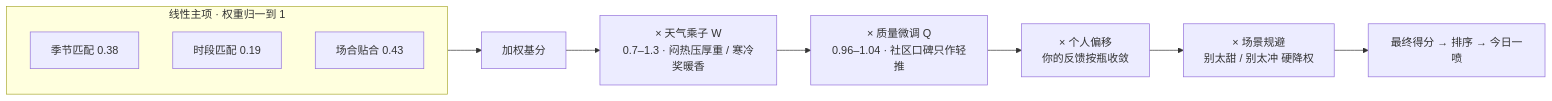
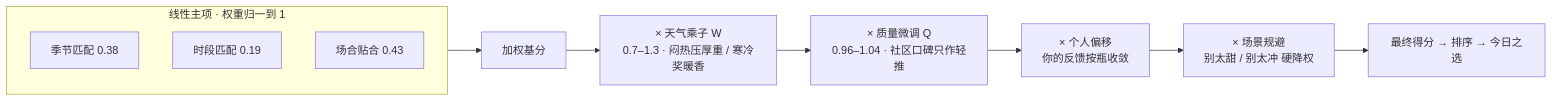
The fourth of 5 diagrams in docs/氛寸-产品方案.md (MrBaoboer/FenCun), drawn with Mermaid before and after one commit. The commit also changed other lines of this file and 23 other files, not shown here.

First line of the commit message:
polish(ui): 统一全站文案、交互与橱窗截图

````diff
--- a/docs/氛寸-产品方案.md
+++ b/docs/氛寸-产品方案.md
@@ -202,14 +202,14 @@
 ```mermaid
 flowchart LR
     subgraph Linear["线性主项 · 权重归一到 1"]
         SE["季节匹配 0.38"]
         DP["时段匹配 0.19"]
         OC["场合贴合 0.43"]
     end
     Linear --> BASE["加权基分"]
     BASE --> M1["× 天气乘子 W<br/>0.7–1.3 · 闷热压厚重 / 寒冷奖暖香"]
     M1 --> M2["× 质量微调 Q<br/>0.96–1.04 · 社区口碑只作轻推"]
     M2 --> M3["× 个人偏移<br/>你的反馈按瓶收敛"]
     M3 --> M4["× 场景规避<br/>别太甜 / 别太冲 硬降权"]
-    M4 --> SCORE["最终得分 → 排序 → 今日一喷"]
+    M4 --> SCORE["最终得分 → 排序 → 今日之选"]
 ```
````
